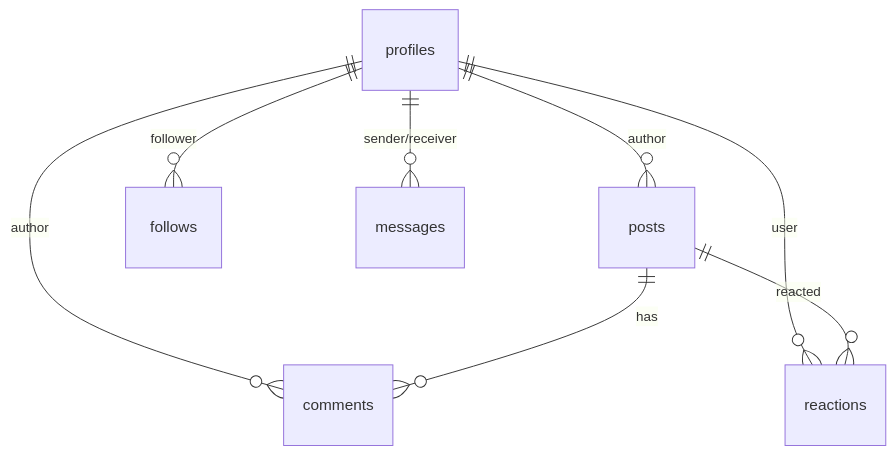
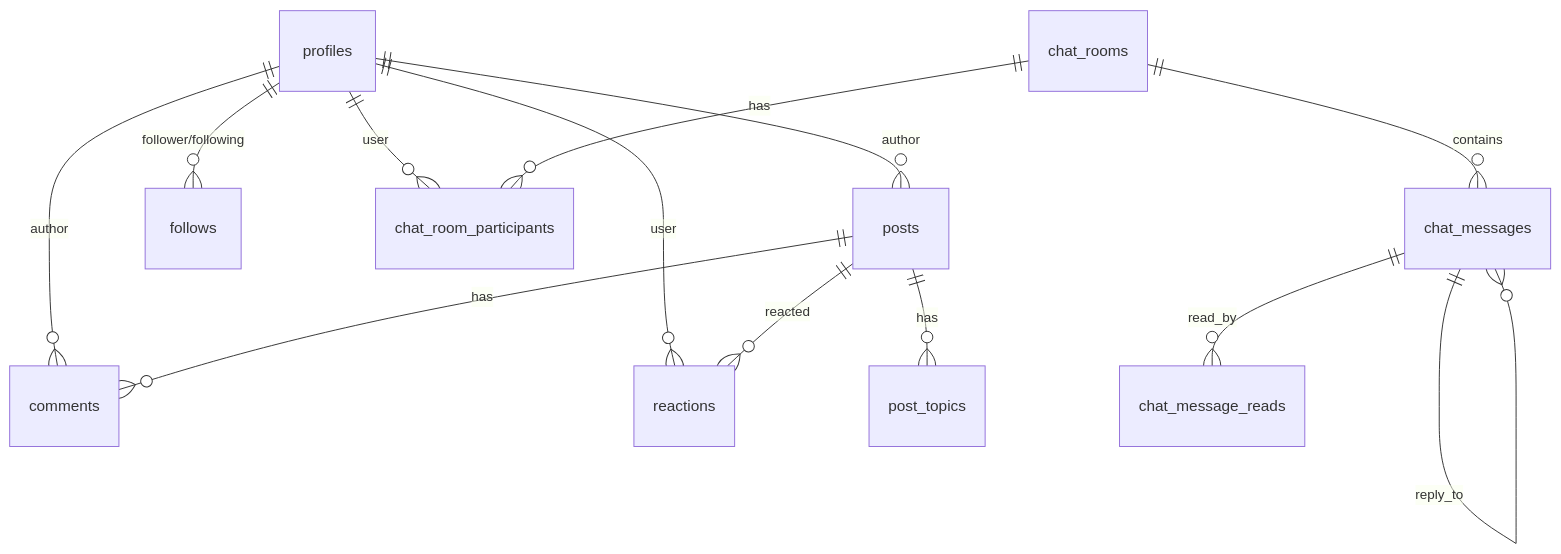
One commit to Juhyunkyu/AI-hub changed the diagram in CLAUDE.md. Above: the diagram before and after it, drawn with Mermaid. The commit also changed other lines of this file and 44 other files, not shown here.

````diff
--- a/CLAUDE.md
+++ b/CLAUDE.md
@@ -300,10 +556,18 @@
 ```mermaid
 erDiagram
   profiles ||--o{ posts : "author"
-  profiles ||--o{ comments : "author"  
+  profiles ||--o{ comments : "author"
   profiles ||--o{ reactions : "user"
-  profiles ||--o{ follows : "follower"
-  profiles ||--o{ messages : "sender/receiver"
+  profiles ||--o{ follows : "follower/following"
+  profiles ||--o{ chat_room_participants : "user"
+
   posts ||--o{ comments : "has"
   posts ||--o{ reactions : "reacted"
+  posts ||--o{ post_topics : "has"
+
+  chat_rooms ||--o{ chat_messages : "contains"
+  chat_rooms ||--o{ chat_room_participants : "has"
+
+  chat_messages ||--o{ chat_message_reads : "read_by"
+  chat_messages ||--o{ chat_messages : "reply_to"
 ```
````
